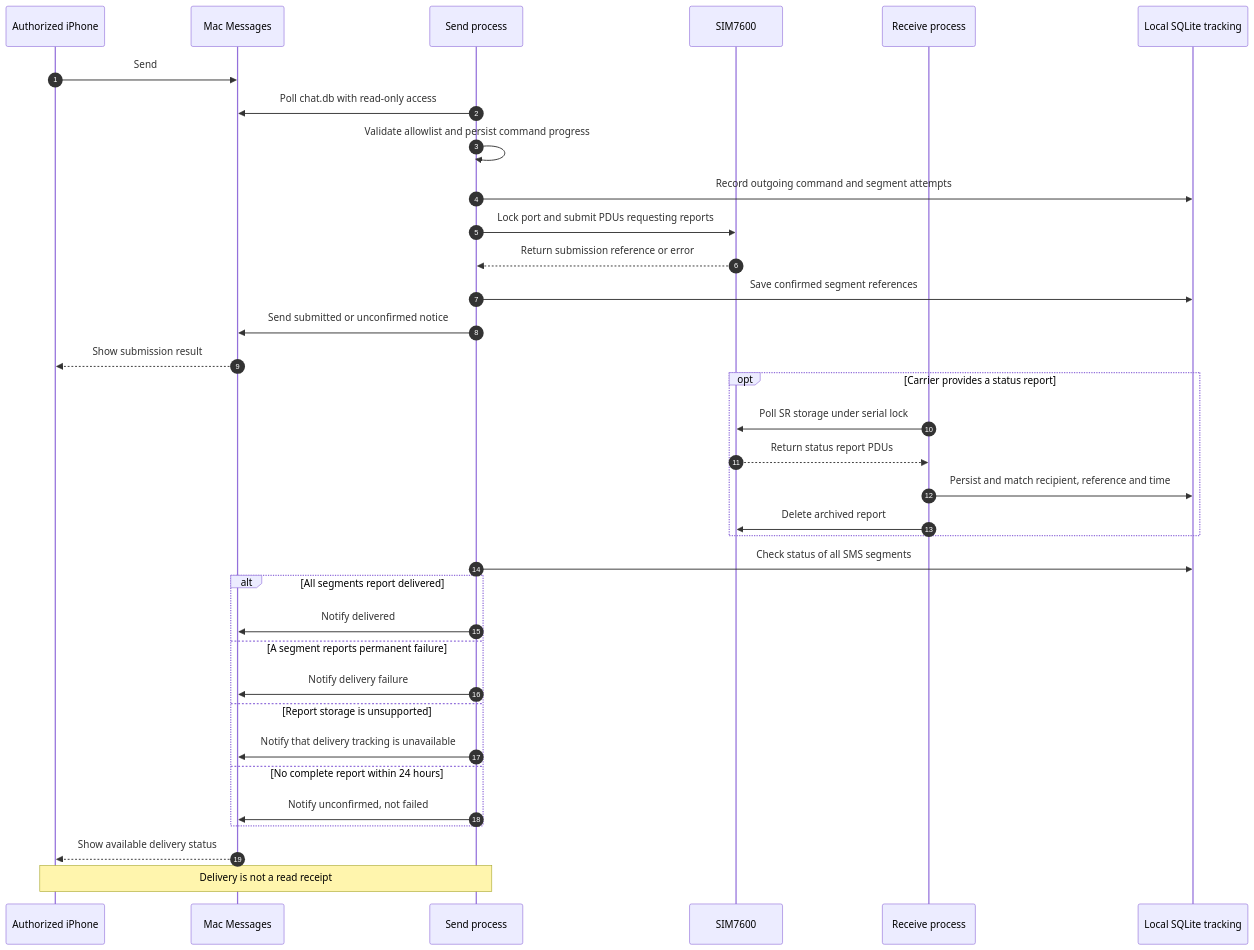
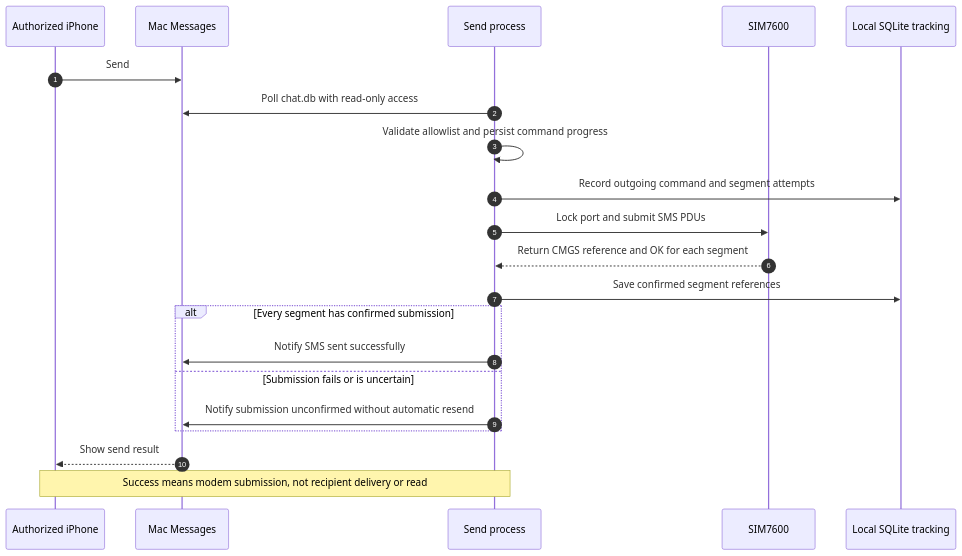
The second of 2 diagrams in README.md (Yu-Ren-NEU/SMS-iMessage-Gateway), drawn with Mermaid before and after one commit. The commit also changed other lines of this file and 3 other files, not shown here.

Commit message:
Acknowledge SMS success on modem submission without delivery reminders

````diff
--- a/README.md
+++ b/README.md
@@ -103,37 +103,23 @@
 ```mermaid
 sequenceDiagram
     autonumber
     participant iPhone as Authorized iPhone
     participant Messages as Mac Messages
     participant TX as Send process
     participant Modem as SIM7600
-    participant RX as Receive process
     participant Store as Local SQLite tracking
     iPhone->>Messages: Send #sms command to Mac address
     TX->>Messages: Poll chat.db with read-only access
     TX->>TX: Validate allowlist and persist command progress
     TX->>Store: Record outgoing command and segment attempts
-    TX->>Modem: Lock port and submit PDUs requesting reports
-    Modem-->>TX: Return submission reference or error
+    TX->>Modem: Lock port and submit SMS PDUs
+    Modem-->>TX: Return CMGS reference and OK for each segment
     TX->>Store: Save confirmed segment references
-    TX->>Messages: Send submitted or unconfirmed notice
-    Messages-->>iPhone: Show submission result
-    opt Carrier provides a status report
-        RX->>Modem: Poll SR storage under serial lock
-        Modem-->>RX: Return status report PDUs
-        RX->>Store: Persist and match recipient, reference and time
-        RX->>Modem: Delete archived report
+    alt Every segment has confirmed submission
+        TX->>Messages: Notify SMS sent successfully
+    else Submission fails or is uncertain
+        TX->>Messages: Notify submission unconfirmed without automatic resend
     end
-    TX->>Store: Check status of all SMS segments
-    alt All segments report delivered
-        TX->>Messages: Notify delivered
-    else A segment reports permanent failure
-        TX->>Messages: Notify delivery failure
-    else Report storage is unsupported
-        TX->>Messages: Notify that delivery tracking is unavailable
-    else No complete report within 24 hours
-        TX->>Messages: Notify unconfirmed, not failed
-    end
-    Messages-->>iPhone: Show available delivery status
-    Note over TX,iPhone: Delivery is not a read receipt
+    Messages-->>iPhone: Show send result
+    Note over TX,iPhone: Success means modem submission, not recipient delivery or read
 ```
````
